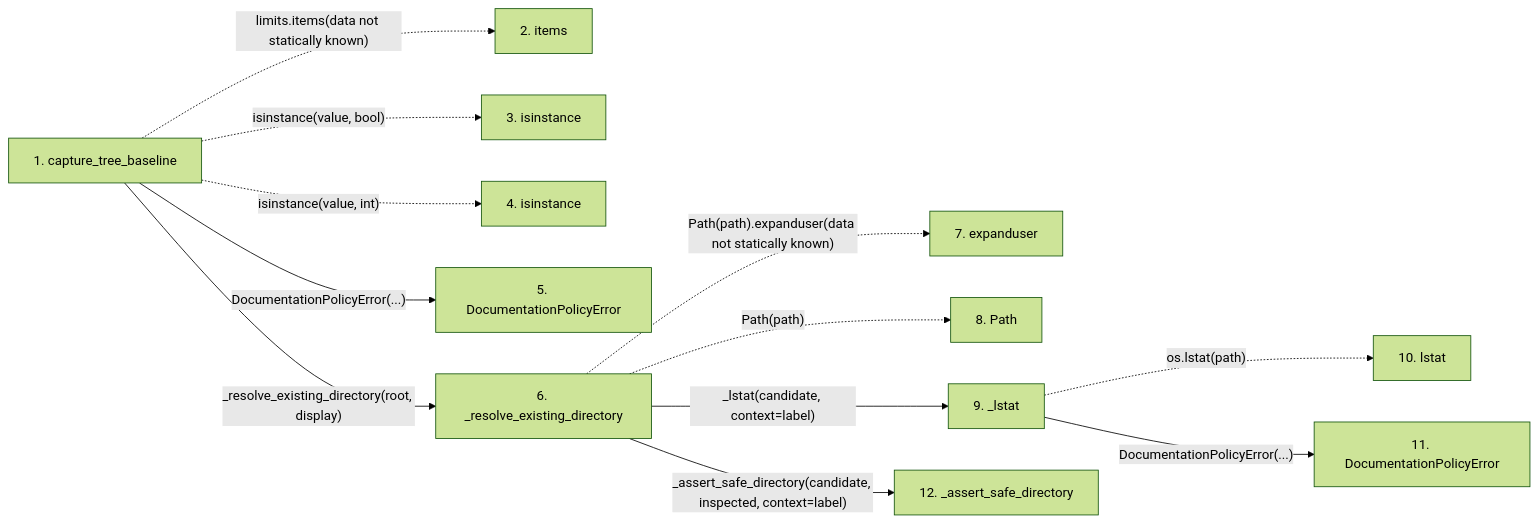
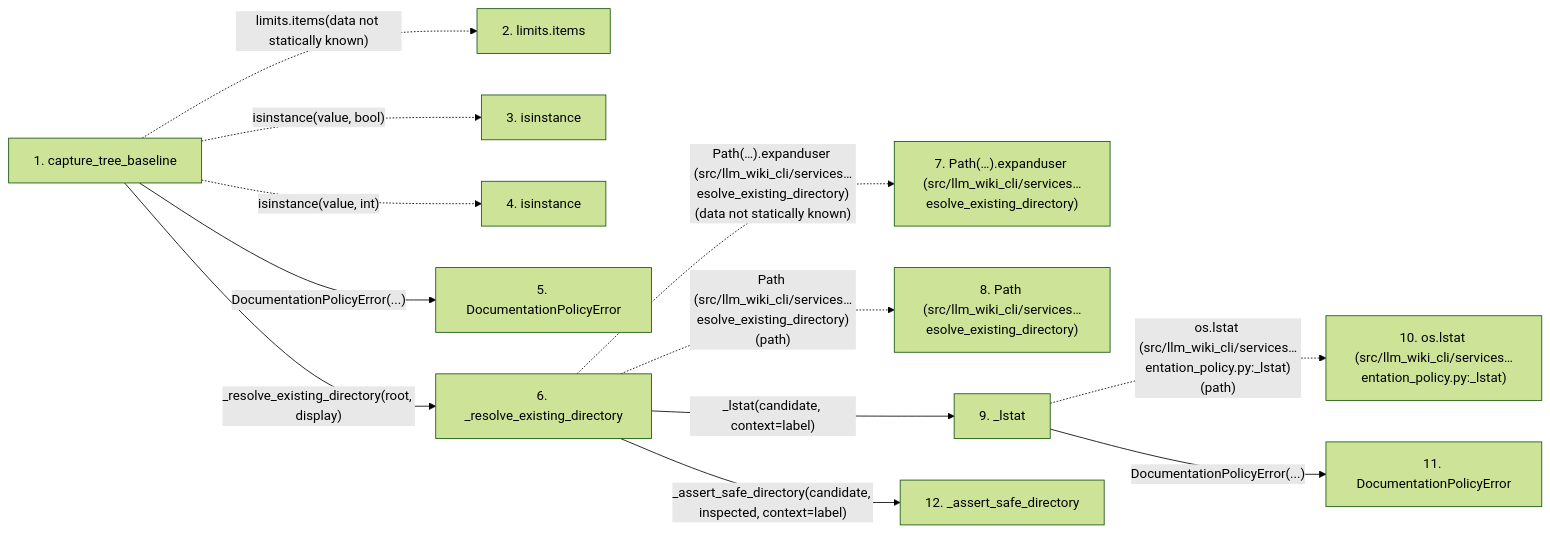
The second of 2 diagrams in docs/llm_wiki/flows/api-capture_tree_baseline.md (Denissvgn/python-wiki-llm), drawn with Mermaid (forest theme) before and after one commit. The commit also changed other lines of this file and 719 other files, not shown here.

````diff
--- a/docs/llm_wiki/flows/api-capture_tree_baseline.md
+++ b/docs/llm_wiki/flows/api-capture_tree_baseline.md
@@ -70,32 +72,32 @@
 ```mermaid
 flowchart LR
     s1["1. capture_tree_baseline"]
-    s2["2. items"]
+    s2["2. limits.items"]
     s3["3. isinstance"]
     s4["4. isinstance"]
     s5["5. DocumentationPolicyError"]
     s6["6. _resolve_existing_directory"]
-    s7["7. expanduser"]
-    s8["8. Path"]
+    s7["7. Path(…).expanduser (src/llm_wiki_cli/services…esolve_existing_directory)"]
+    s8["8. Path (src/llm_wiki_cli/services…esolve_existing_directory)"]
     s9["9. _lstat"]
-    s10["10. lstat"]
+    s10["10. os.lstat (src/llm_wiki_cli/services…entation_policy.py:_lstat)"]
     s11["11. DocumentationPolicyError"]
     s12["12. _assert_safe_directory"]
     s1 -. "limits.items(data not statically known)" .-> s2
     s1 -. "isinstance(value, bool)" .-> s3
     s1 -. "isinstance(value, int)" .-> s4
     s1 -->|"DocumentationPolicyError(...)"| s5
     s1 -->|"_resolve_existing_directory(root, display)"| s6
-    s6 -. "Path(path).expanduser(data not statically known)" .-> s7
-    s6 -. "Path(path)" .-> s8
+    s6 -. "Path(…).expanduser (src/llm_wiki_cli/services…esolve_existing_directory)(data not statically known)" .-> s7
+    s6 -. "Path (src/llm_wiki_cli/services…esolve_existing_directory)(path)" .-> s8
     s6 -->|"_lstat(candidate, context=label)"| s9
-    s9 -. "os.lstat(path)" .-> s10
+    s9 -. "os.lstat (src/llm_wiki_cli/services…entation_policy.py:_lstat)(path)" .-> s10
     s9 -->|"DocumentationPolicyError(...)"| s11
     s6 -->|"_assert_safe_directory(candidate, inspected, context=label)"| s12
     click s1 "../modules/documentation_policy.md"
     click s5 "../modules/documentation_policy.md"
     click s6 "../modules/documentation_policy.md"
     click s9 "../modules/documentation_policy.md"
     click s11 "../modules/documentation_policy.md"
     click s12 "../modules/documentation_policy.md"
 ```
````
